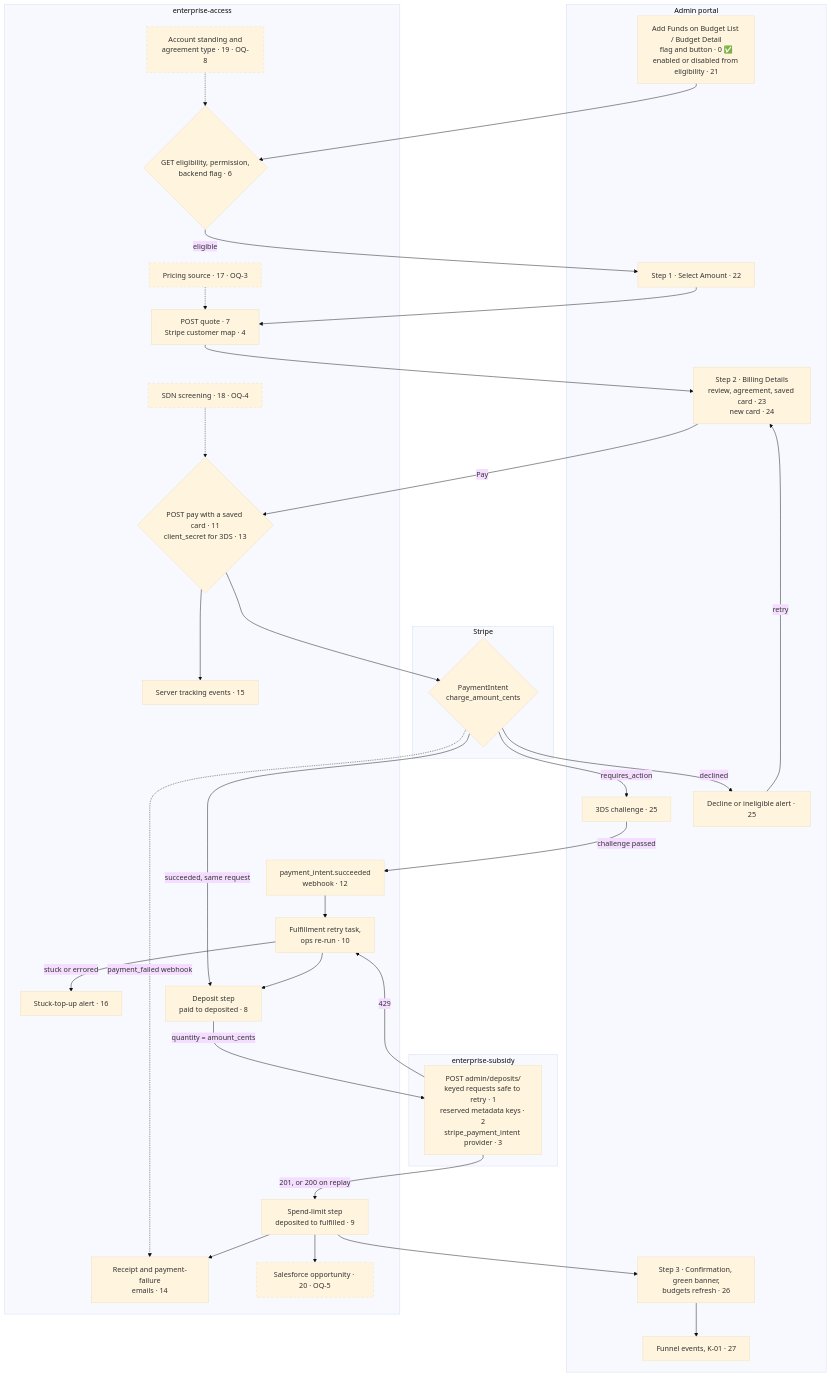
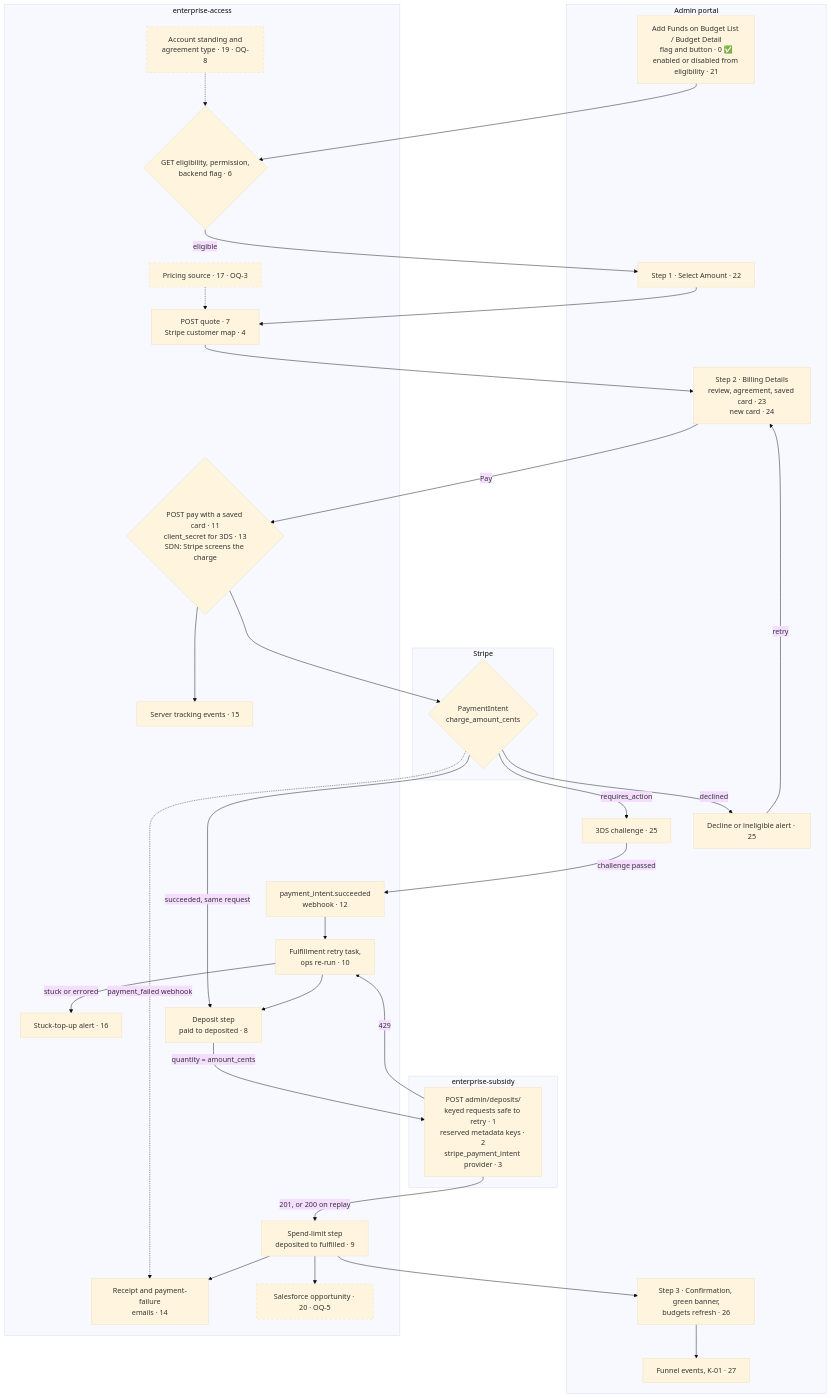
One commit to edx/enterprise-access changed the first of 3 diagrams in docs/plans/impl-plan.md. Above: the diagram before and after it, drawn with Mermaid (base theme). The commit also changed other lines of this file and 1 other file, not shown here.

````diff
--- a/docs/plans/impl-plan.md
+++ b/docs/plans/impl-plan.md
@@ -147,67 +172,65 @@
 ```mermaid
 flowchart TD
     subgraph SG_AP["Admin portal"]
         BTN["Add Funds on Budget List / Budget Detail<br/>flag and button · 0 ✅<br/>enabled or disabled from eligibility · 21"]
         AMT["Step 1 · Select Amount · 22"]
         BILL["Step 2 · Billing Details<br/>review, agreement, saved card · 23<br/>new card · 24"]
         TDS["3DS challenge · 25"]
         ALERT["Decline or ineligible alert · 25"]
         DONE["Step 3 · Confirmation, green banner,<br/>budgets refresh · 26"]
         FUN["Funnel events, K-01 · 27"]
     end
 
     subgraph SG_EA["enterprise-access"]
         ELIG{"GET eligibility, permission,<br/>backend flag · 6"}
         ACCT["Account standing and<br/>agreement type · 19 · OQ-8"]
         QUOTE["POST quote · 7<br/>Stripe customer map · 4"]
         PRICE["Pricing source · 17 · OQ-3"]
-        PAY{"POST pay with a saved card · 11<br/>client_secret for 3DS · 13"}
-        SDN["SDN screening · 18 · OQ-4"]
+        PAY{"POST pay with a saved card · 11<br/>client_secret for 3DS · 13<br/>SDN: Stripe screens the charge"}
         EVT["Server tracking events · 15"]
         HOOK["payment_intent.succeeded<br/>webhook · 12"]
         TASK["Fulfillment retry task,<br/>ops re-run · 10"]
         STUCK["Stuck-top-up alert · 16"]
         DEP["Deposit step<br/>paid to deposited · 8"]
         SPEND["Spend-limit step<br/>deposited to fulfilled · 9"]
         MAIL["Receipt and payment-failure<br/>emails · 14"]
         SF["Salesforce opportunity · 20 · OQ-5"]
     end
 
     subgraph SG_STRIPE["Stripe"]
         PI{"PaymentIntent<br/>charge_amount_cents"}
     end
 
     subgraph SG_ES["enterprise-subsidy"]
         ESDEP["POST admin/deposits/<br/>keyed requests safe to retry · 1<br/>reserved metadata keys · 2<br/>stripe_payment_intent provider · 3"]
     end
 
     BTN --> ELIG
     ACCT -.-> ELIG
     ELIG -->|"eligible"| AMT
     AMT --> QUOTE
     PRICE -.-> QUOTE
     QUOTE --> BILL
     BILL -->|"Pay"| PAY
-    SDN -.-> PAY
     PAY --> PI
     PAY --> EVT
     PI -->|"declined"| ALERT
     ALERT -->|"retry"| BILL
     PI -->|"requires_action"| TDS
     TDS -->|"challenge passed"| HOOK
     PI -.->|"payment_failed webhook"| MAIL
     PI -->|"succeeded, same request"| DEP
     HOOK --> TASK
     TASK --> DEP
     DEP -->|"quantity = amount_cents"| ESDEP
     ESDEP -->|"201, or 200 on replay"| SPEND
     ESDEP -->|"429"| TASK
     TASK -->|"stuck or errored"| STUCK
     SPEND --> DONE
     SPEND --> MAIL
     SPEND --> SF
     DONE --> FUN
 
     classDef blocked stroke-dasharray: 5 5
-    class ACCT,PRICE,SDN,SF blocked
+    class ACCT,PRICE,SF blocked
 ```
````
